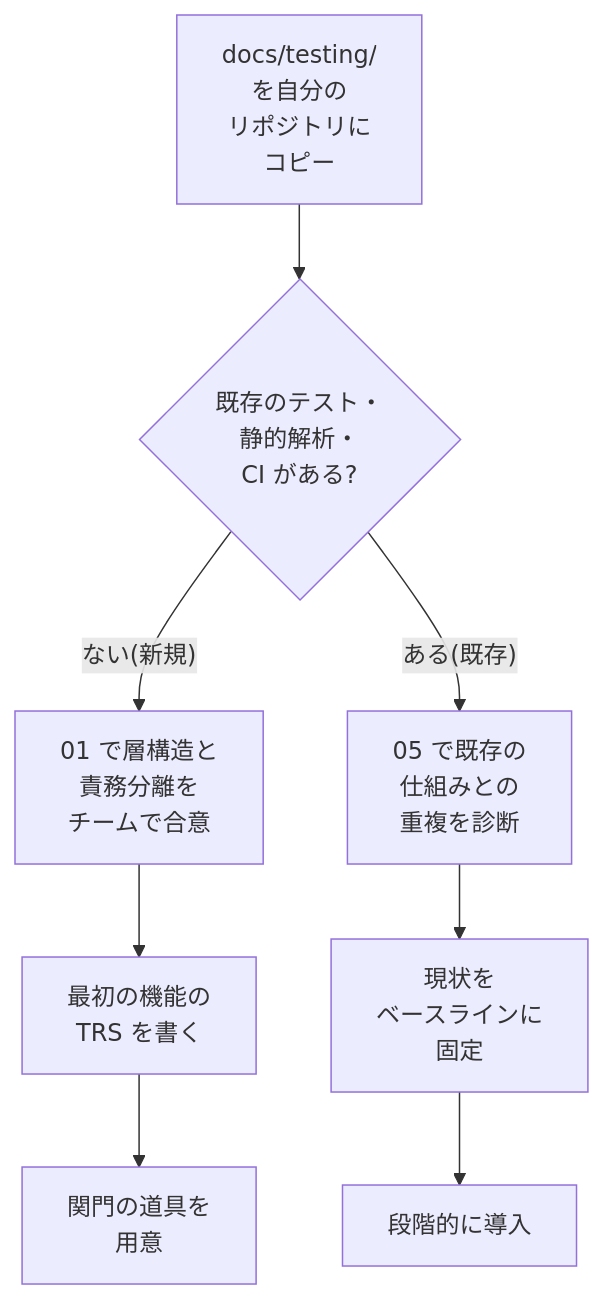
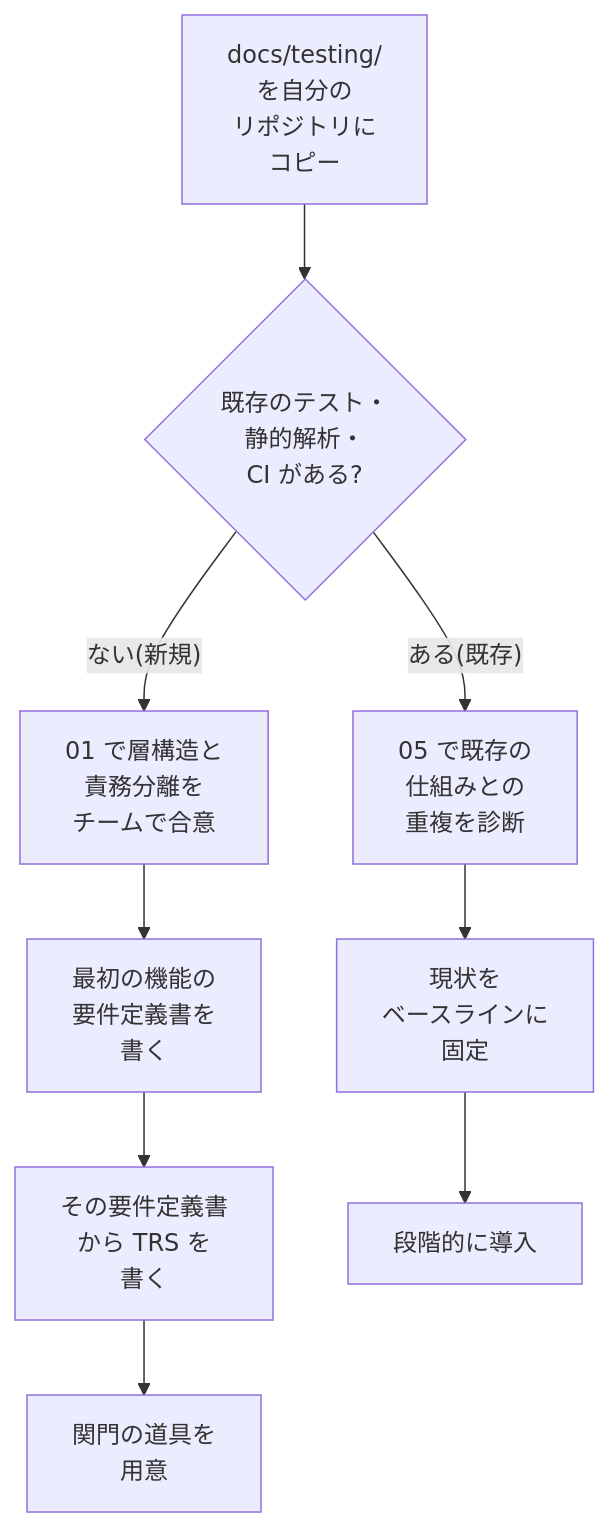
One commit to toshio-shiratori/harness-test-strategy changed the second of 3 diagrams in README.md. Above: the diagram before and after it, drawn with Mermaid. The commit also changed other lines of this file and 6 other files, not shown here.

````diff
--- a/README.md
+++ b/README.md
@@ -48,6 +48,6 @@
 ```mermaid
 flowchart TB
   C["docs/testing/<br/>を自分の<br/>リポジトリに<br/>コピー"] --> Q{"既存のテスト・<br/>静的解析・<br/>CI がある?"}
-  Q -- "ない(新規)" --> N1["01 で層構造と<br/>責務分離を<br/>チームで合意"] --> N2["最初の機能の<br/>TRS を書く"] --> N3["関門の道具を<br/>用意"]
+  Q -- "ない(新規)" --> N1["01 で層構造と<br/>責務分離を<br/>チームで合意"] --> N2["最初の機能の<br/>要件定義書を<br/>書く"] --> N2b["その要件定義書<br/>から TRS を<br/>書く"] --> N3["関門の道具を<br/>用意"]
   Q -- "ある(既存)" --> E1["05 で既存の<br/>仕組みとの<br/>重複を診断"] --> E2["現状を<br/>ベースラインに<br/>固定"] --> E3["段階的に導入"]
 ```
````
